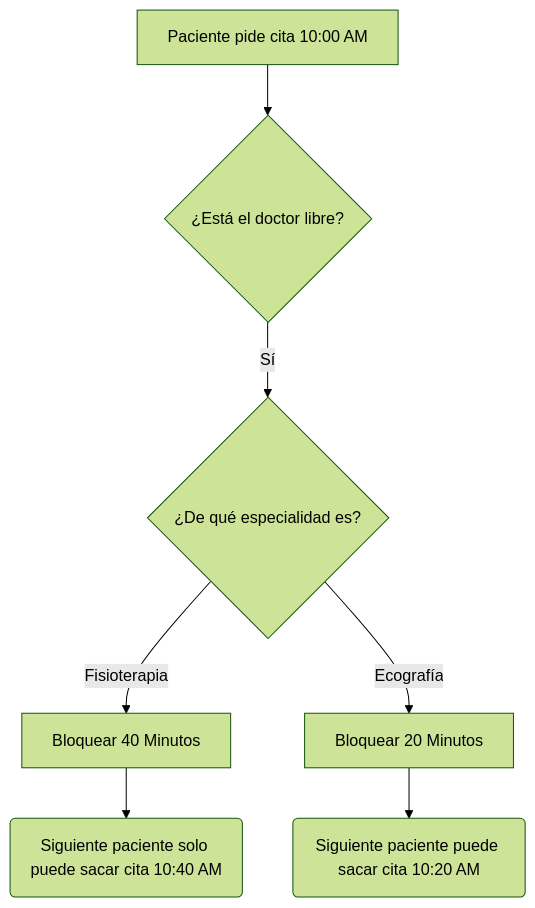
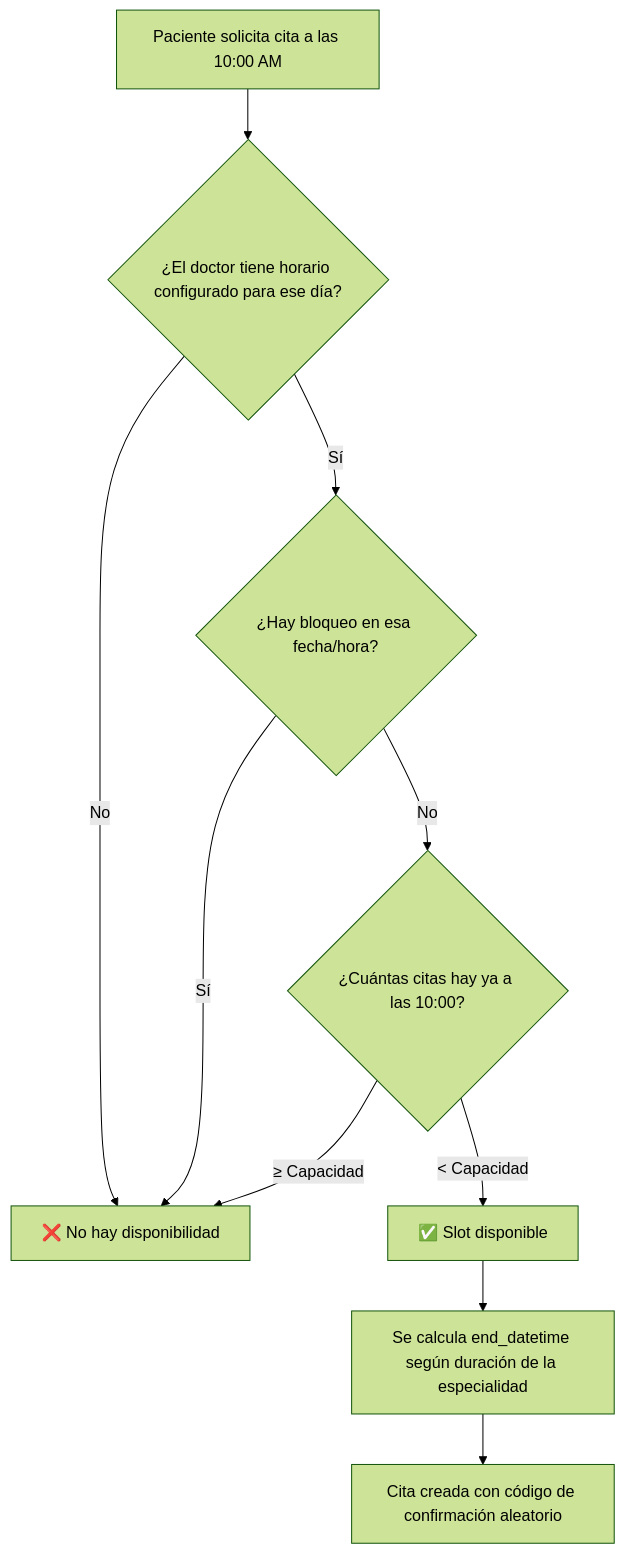
Before and after one commit to DevJuanSMen/IPS-SE-ORA-FATIMA: the third of 3 diagrams in Manual_Usuario_IPS.md, drawn with Mermaid (forest theme). The commit also changed other lines of this file and 2 other files, not shown here.

````diff
--- a/Manual_Usuario_IPS.md
+++ b/Manual_Usuario_IPS.md
@@ -45,9 +503,12 @@
 ```mermaid
 graph TD
-    A[Paciente pide cita 10:00 AM] --> B{¿Está el doctor libre?}
-    B -->|Sí| C{¿De qué especialidad es?}
-    C -->|Fisioterapia| D[Bloquear 40 Minutos]
-    C -->|Ecografía| E[Bloquear 20 Minutos]
-    D --> F(Siguiente paciente solo puede sacar cita 10:40 AM)
-    E --> G(Siguiente paciente puede sacar cita 10:20 AM)
+    A[Paciente solicita cita a las 10:00 AM] --> B{¿El doctor tiene horario configurado para ese día?}
+    B -->|No| X[❌ No hay disponibilidad]
+    B -->|Sí| C{¿Hay bloqueo en esa fecha/hora?}
+    C -->|Sí| X
+    C -->|No| D{¿Cuántas citas hay ya a las 10:00?}
+    D -->|< Capacidad| E[✅ Slot disponible]
+    D -->|≥ Capacidad| X
+    E --> F[Se calcula end_datetime según duración de la especialidad]
+    F --> G[Cita creada con código de confirmación aleatorio]
 ```
````
